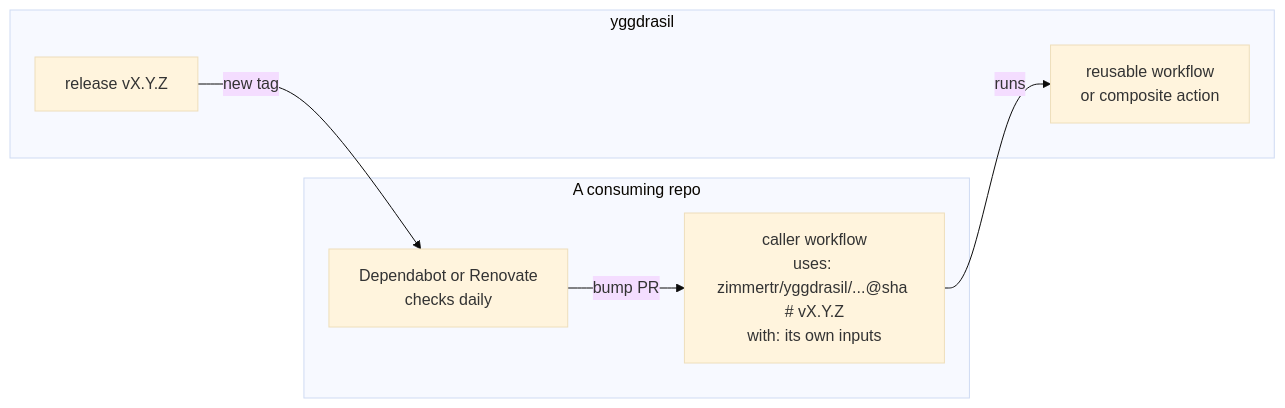
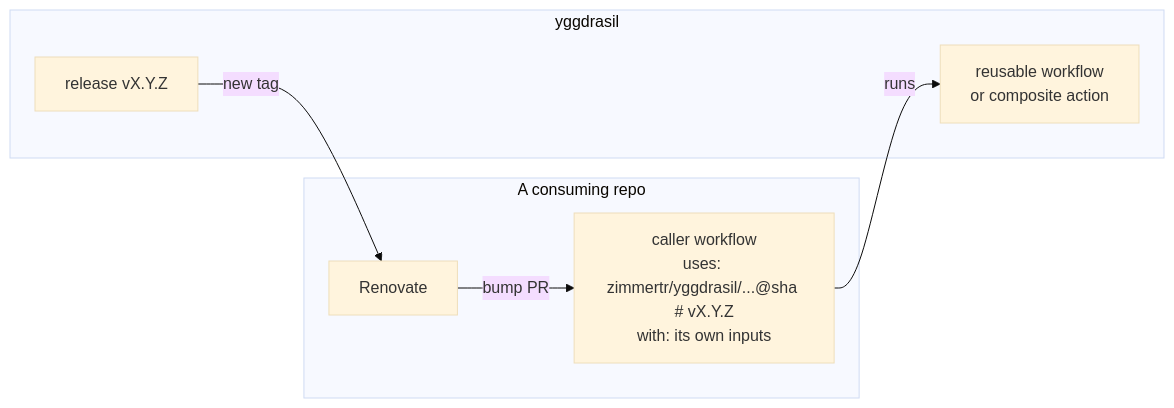
Before and after one commit to zimmertr/yggdrasil: the first of 2 diagrams in docs/ARCHITECTURE.md, drawn with Mermaid (base theme). The commit also changed other lines of this file and 17 other files, not shown here.

````diff
--- a/docs/ARCHITECTURE.md
+++ b/docs/ARCHITECTURE.md
@@ -31,14 +31,14 @@
 ```mermaid
 flowchart LR
   subgraph consumer["A consuming repo"]
     caller["caller workflow<br/>uses: zimmertr/yggdrasil/...@sha # vX.Y.Z<br/>with: its own inputs"]
-    dep["Dependabot or Renovate<br/>checks daily"]
+    dep["Renovate"]
   end
   subgraph ygg["yggdrasil"]
     mod["reusable workflow<br/>or composite action"]
     rel["release vX.Y.Z"]
   end
   caller -->|runs| mod
   rel -->|new tag| dep
   dep -->|bump PR| caller
 ```
````
